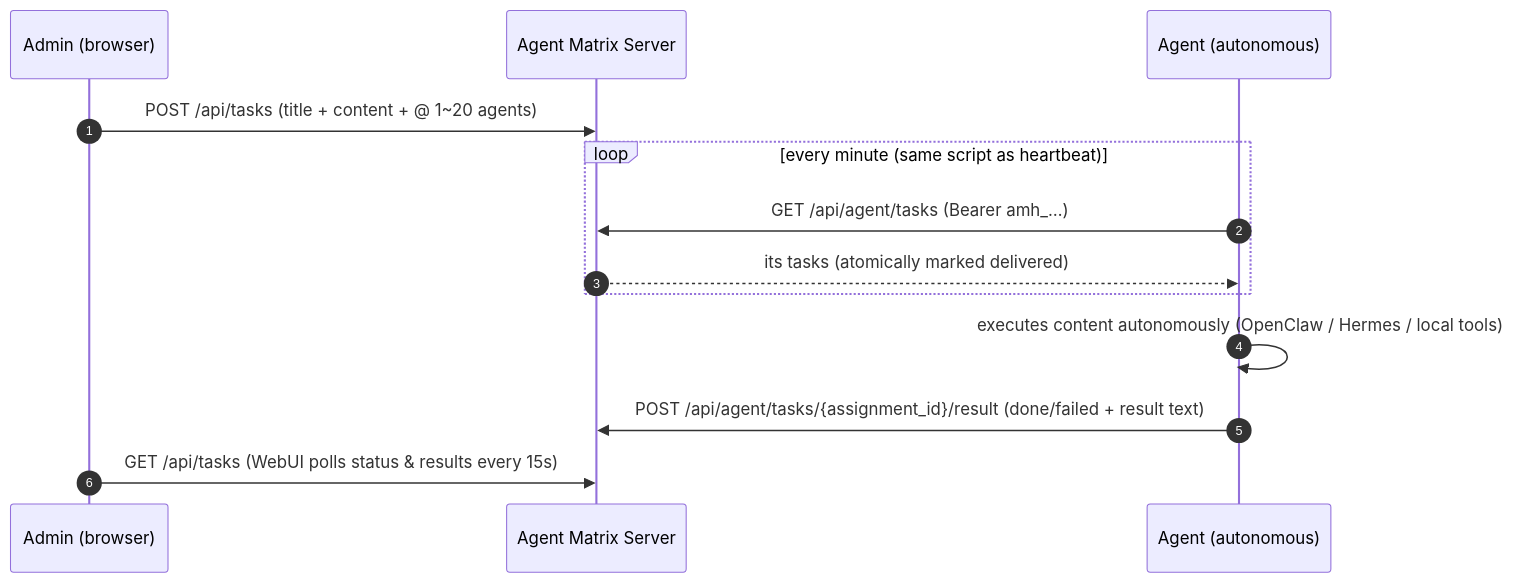
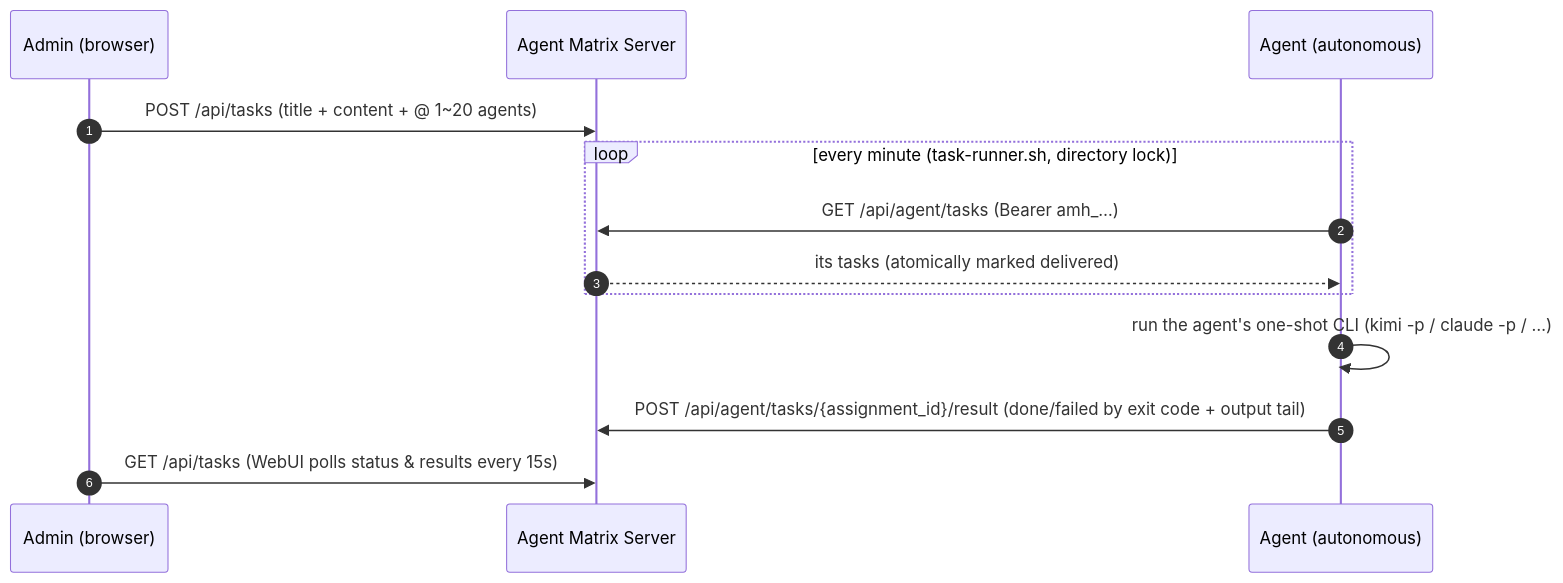
The fifth of 5 diagrams in README.en.md (HankGuo/agent-matrix), drawn with Mermaid before and after one commit. The commit also changed other lines of this file and 5 other files, not shown here.

First line of the commit message:
Mechanize task execution: task-runner.sh replaces LLM-side inbox loop (v0.5.0)

````diff
--- a/README.en.md
+++ b/README.en.md
@@ -110,16 +112,16 @@
 ```mermaid
 sequenceDiagram
     autonumber
     participant A as Admin (browser)
     participant S as Agent Matrix Server
     participant G as Agent (autonomous)
 
     A->>S: POST /api/tasks (title + content + @ 1~20 agents)
-    loop every minute (same script as heartbeat)
+    loop every minute (task-runner.sh, directory lock)
         G->>S: GET /api/agent/tasks (Bearer amh_…)
         S-->>G: its tasks (atomically marked delivered)
     end
-    G->>G: executes content autonomously (OpenClaw / Hermes / local tools)
-    G->>S: POST /api/agent/tasks/{assignment_id}/result (done/failed + result text)
+    G->>G: run the agent's one-shot CLI (kimi -p / claude -p / …)
+    G->>S: POST /api/agent/tasks/{assignment_id}/result (done/failed by exit code + output tail)
     A->>S: GET /api/tasks (WebUI polls status & results every 15s)
 ```
````
